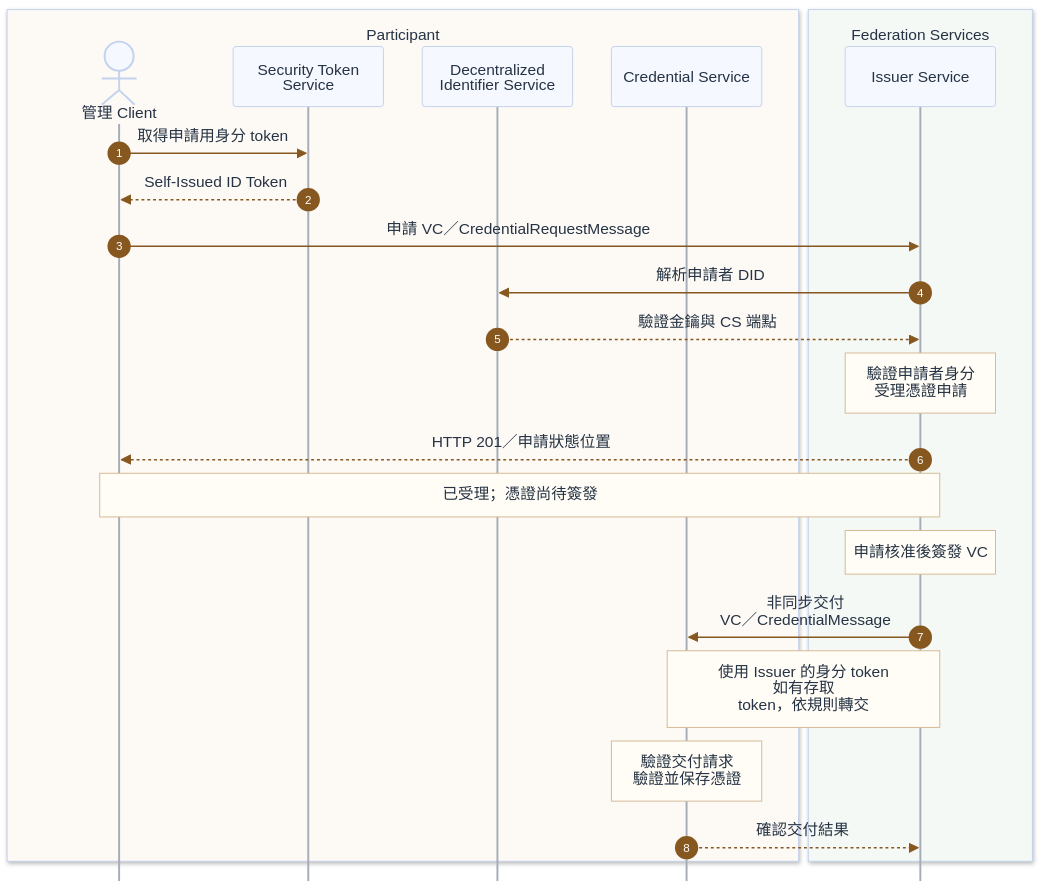
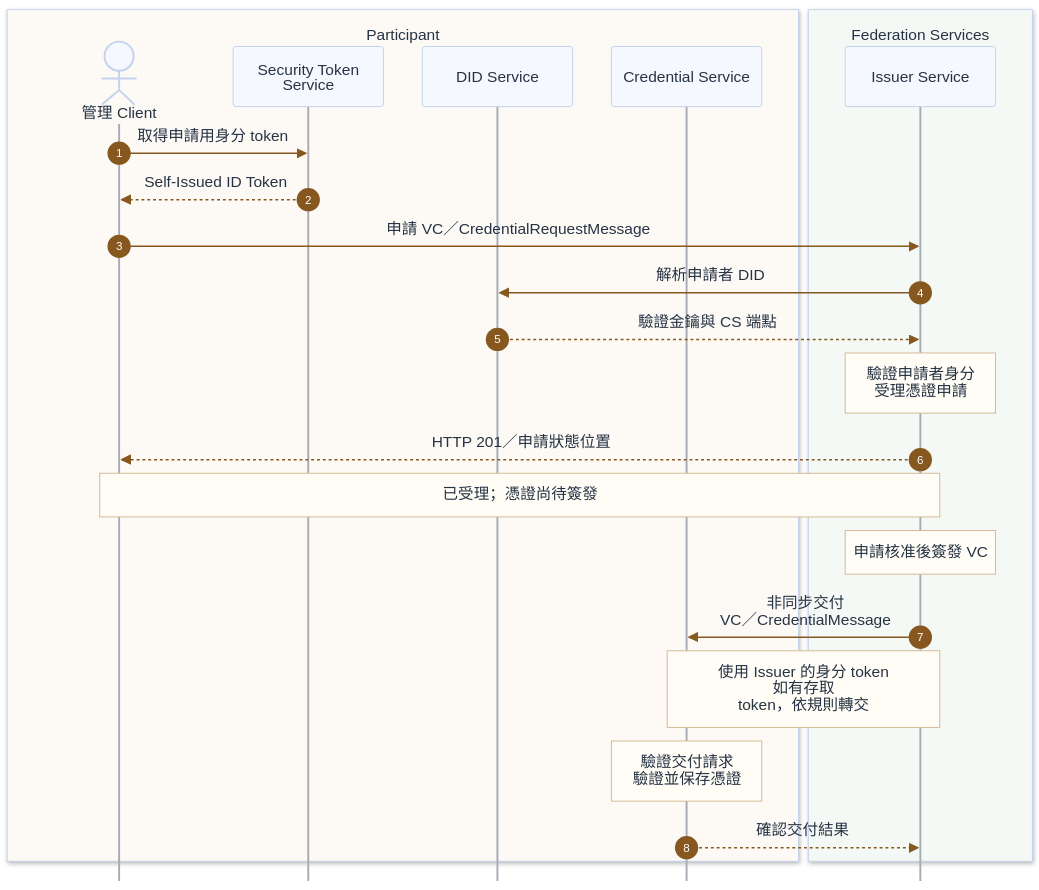
The diagram in docs/credential-issuance.md (lohas1107/data-space), drawn with Mermaid before and after one commit. The commit also changed other lines of this file and 10 other files, not shown here.

````diff
--- a/docs/credential-issuance.md
+++ b/docs/credential-issuance.md
@@ -34,65 +34,65 @@
 ```mermaid
 %%{init: {
   "theme": "base",
   "fontFamily": "Noto Sans CJK TC, sans-serif",
   "themeVariables": {
     "fontFamily": "Noto Sans CJK TC, sans-serif",
     "fontSize": "17px",
     "primaryColor": "#f5f8ff",
     "primaryBorderColor": "#c3d2ed",
     "primaryTextColor": "#263344",
     "actorBkg": "#f5f8ff",
     "actorBorder": "#c3d2ed",
     "actorTextColor": "#263344",
     "actorLineColor": "#a5acb5",
     "signalColor": "#875720",
     "signalTextColor": "#263344",
     "noteBkgColor": "#fffdf6",
     "noteBorderColor": "#d4b994",
     "noteTextColor": "#263344",
     "labelBoxBkgColor": "#ffffff",
     "labelBoxBorderColor": "#d4b994",
     "labelTextColor": "#875720",
     "loopTextColor": "#875720",
     "sequenceNumberColor": "#ffffff"
   },
   "sequence": {
     "actorMargin": 40,
     "boxMargin": 14,
     "boxTextMargin": 10,
     "diagramMarginX": 25,
     "diagramMarginY": 20,
     "height": 62,
     "width": 155,
     "noteMargin": 14,
     "messageMargin": 38,
     "mirrorActors": false,
     "useMaxWidth": false,
     "wrap": true
   }
 }}%%
 sequenceDiagram
     autonumber
     box rgb(253,250,246) Participant
         actor Admin as 管理 Client
         participant STS as Security Token<br/>Service
-        participant DIDS as Decentralized<br/>Identifier Service
+        participant DIDS as DID Service
         participant CS as Credential Service
     end
     box rgb(244,249,245) Federation Services
         participant Issuer as Issuer Service
     end
     Admin->>STS: 取得申請用身分 token
     STS-->>Admin: Self-Issued ID Token
     Admin->>Issuer: 申請 VC／CredentialRequestMessage
     Issuer->>DIDS: 解析申請者 DID
     DIDS-->>Issuer: 驗證金鑰與 CS 端點
     Note over Issuer: 驗證申請者身分<br/>受理憑證申請
     Issuer-->>Admin: HTTP 201／申請狀態位置
     Note over Admin,Issuer: 已受理；憑證尚待簽發
     Note over Issuer: 申請核准後簽發 VC
     Issuer->>CS: 非同步交付 VC／CredentialMessage
     Note over CS,Issuer: 使用 Issuer 的身分 token<br/>如有存取 token，依規則轉交
     Note over CS: 驗證交付請求<br/>驗證並保存憑證
     CS-->>Issuer: 確認交付結果
 ```
````
